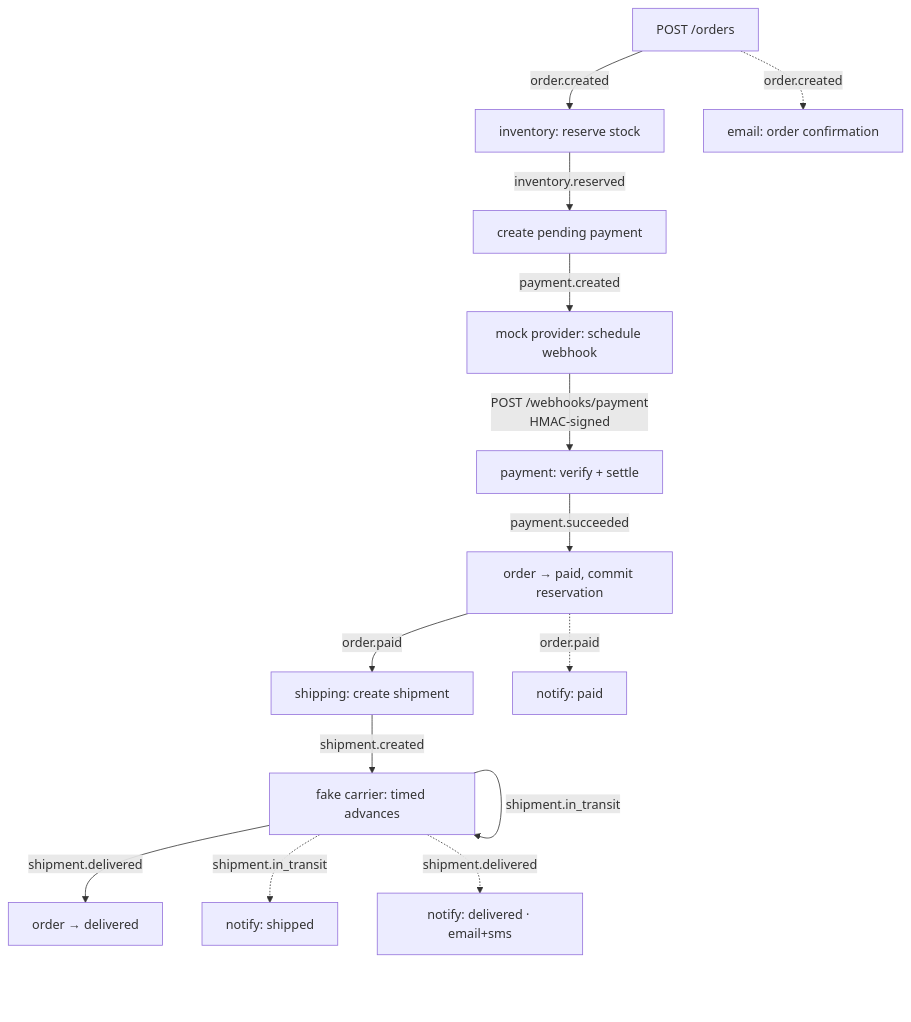
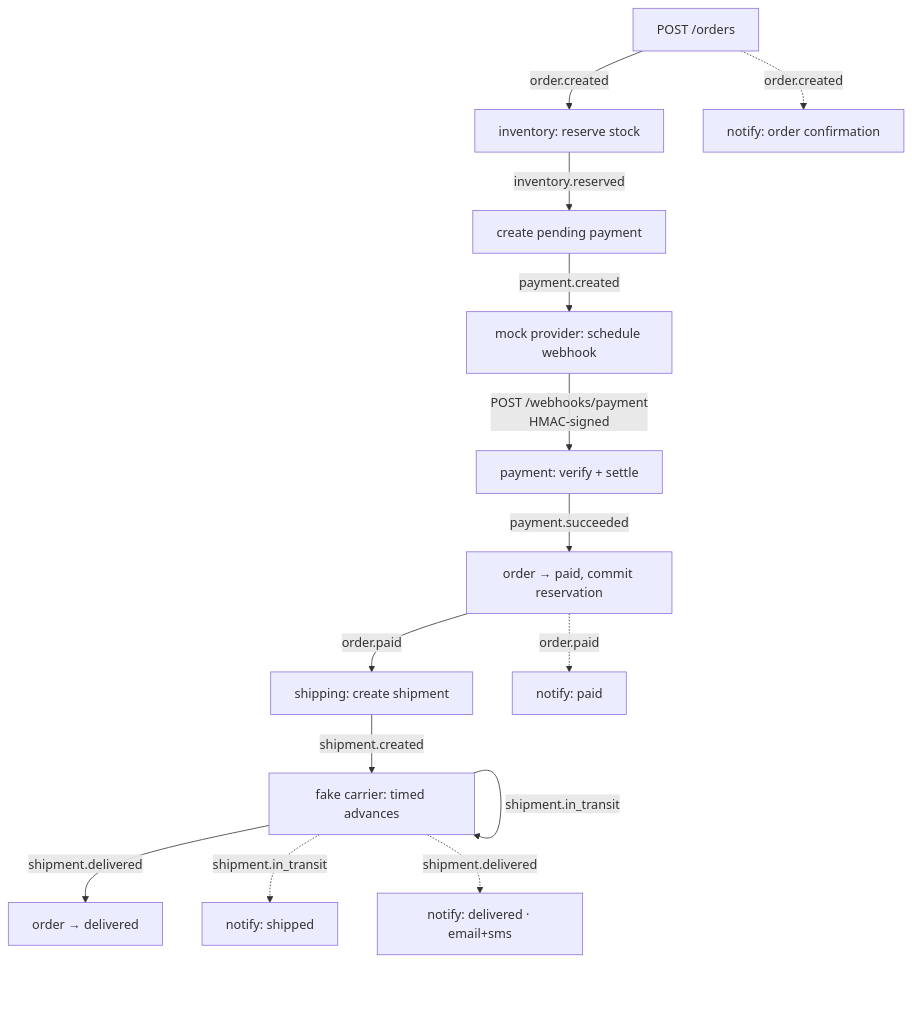
One commit to ndgkhoa/order-management-api changed the first of 2 diagrams in docs/event-flow.md. Above: the diagram before and after it, drawn with Mermaid. The commit also changed other lines of this file and 3 other files, not shown here.

First line of the commit message:
docs: sync architecture/event-flow/compensation with unified notifications

````diff
--- a/docs/event-flow.md
+++ b/docs/event-flow.md
@@ -9,18 +9,18 @@
 ```mermaid
 flowchart TD
   A[POST /orders] -->|order.created| B[inventory: reserve stock]
-  A -.->|order.created| M0[email: order confirmation]
+  A -.->|order.created| M0[notify: order confirmation]
   B -->|inventory.reserved| C[create pending payment]
   C -->|payment.created| D[mock provider: schedule webhook]
   D -->|POST /webhooks/payment<br/>HMAC-signed| E[payment: verify + settle]
   E -->|payment.succeeded| F[order → paid, commit reservation]
   F -->|order.paid| G[shipping: create shipment]
   G -->|shipment.created| H[fake carrier: timed advances]
   H -->|shipment.ready_for_pickup| H
   H -->|shipment.in_transit| H
   H -->|shipment.delivered| I[order → delivered]
 
   F -.->|order.paid| N1[notify: paid]
   H -.->|shipment.in_transit| N2[notify: shipped]
   H -.->|shipment.delivered| N3[notify: delivered · email+sms]
 ```
````
